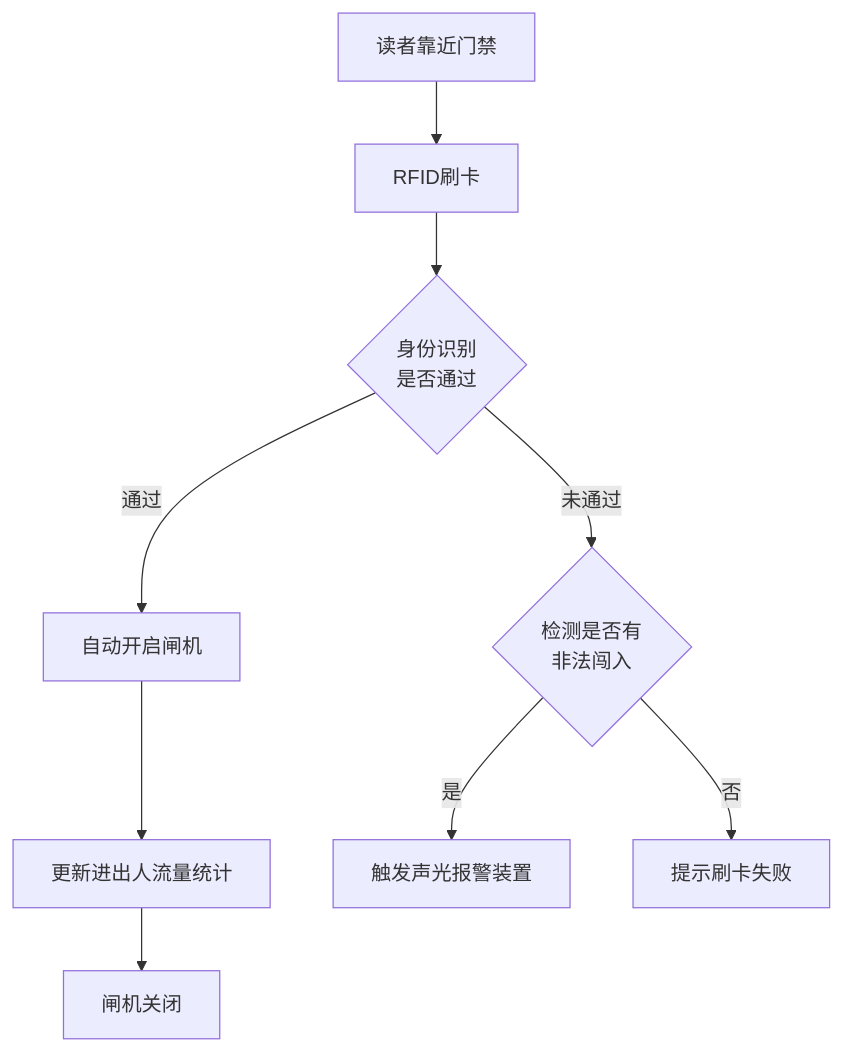
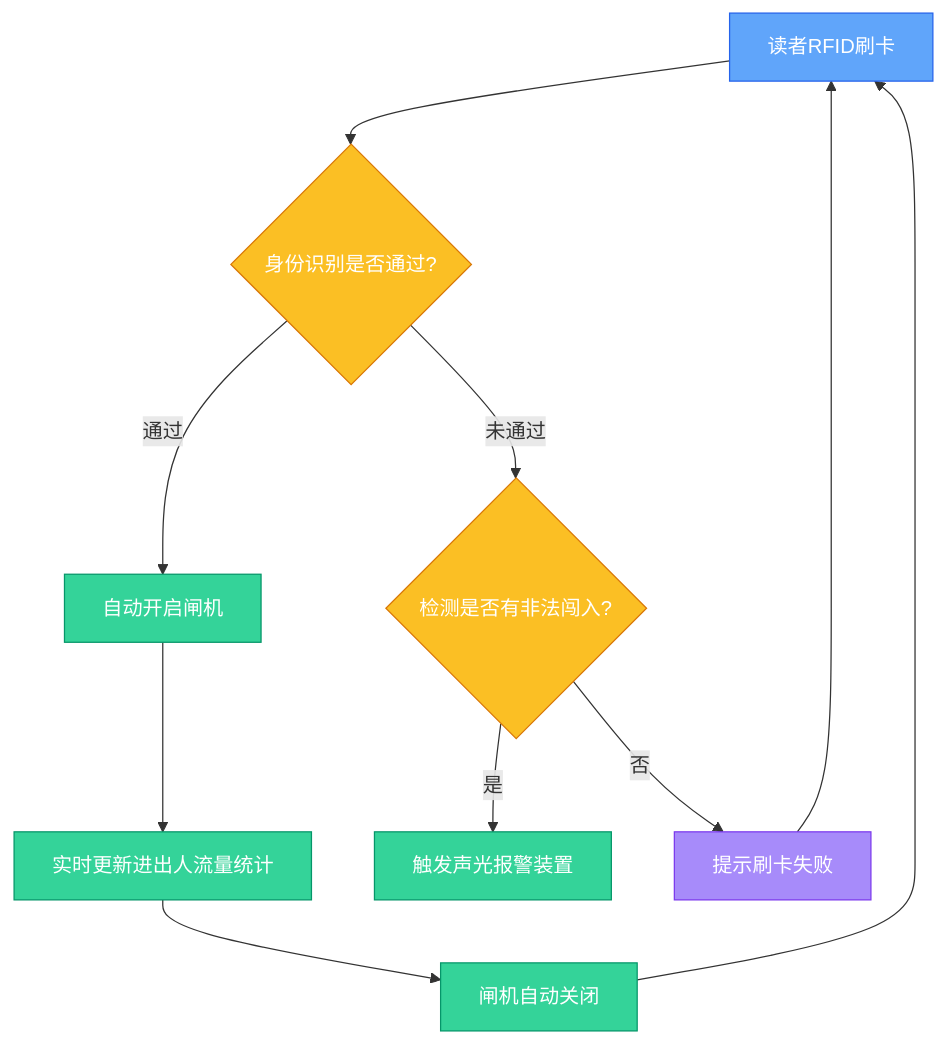
Before and after one commit to yuetsh/IOT-Lab2: the diagram in assets/02_身份识别.md, drawn with Mermaid. The commit also changed 26 other files, not shown here.

First line of the commit message:
refactor: 精简设备列表、统一参考流程图与设备-节点对应关系

````diff
--- a/assets/02_身份识别.md
+++ b/assets/02_身份识别.md
@@ -1,11 +1,16 @@
 ```mermaid
-flowchart TD
-    A[读者靠近门禁] --> B[RFID刷卡]
-    B --> C{身份识别\n是否通过}
-    C -- 通过 --> D[自动开启闸机]
-    D --> E[更新进出人流量统计]
-    E --> F[闸机关闭]
-    C -- 未通过 --> G{检测是否有\n非法闯入}
-    G -- 是 --> H[触发声光报警装置]
-    G -- 否 --> I[提示刷卡失败]
+graph TD
+  classDef trigger fill:#60a5fa,stroke:#2563eb,color:#fff
+  classDef decision fill:#fbbf24,stroke:#d97706,color:#fff
+  classDef action fill:#34d399,stroke:#059669,color:#fff
+  classDef display fill:#a78bfa,stroke:#7c3aed,color:#fff
+  A[读者RFID刷卡]:::trigger --> B{身份识别是否通过?}:::decision
+  B -->|通过| C[自动开启闸机]:::action
+  C --> D[实时更新进出人流量统计]:::action
+  D --> E[闸机自动关闭]:::action
+  E --> A
+  B -->|未通过| F{检测是否有非法闯入?}:::decision
+  F -->|是| G[触发声光报警装置]:::action
+  F -->|否| H[提示刷卡失败]:::display
+  H --> A
 ```
````
